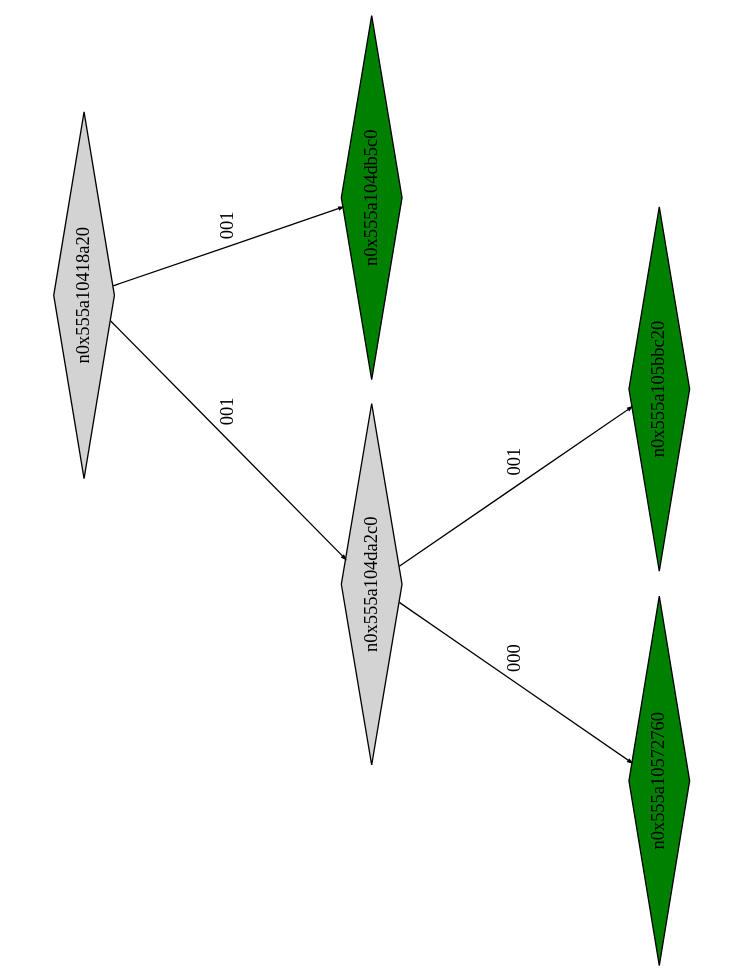
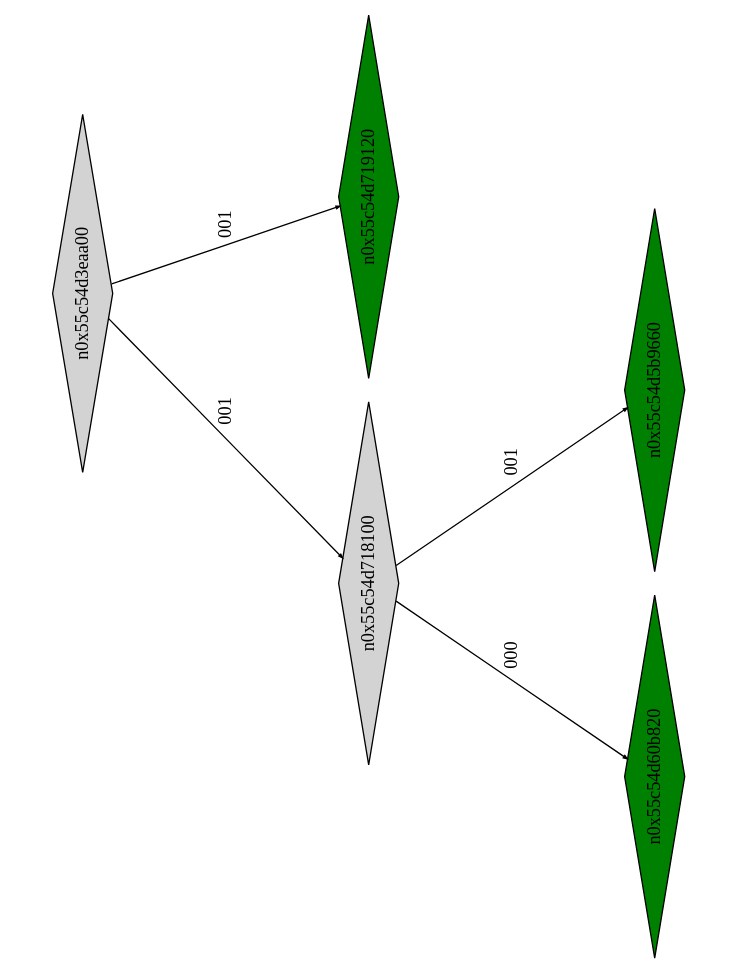
Before and after one commit to Research-Tools-PAVT/PSE-Program-Examples: the diagram in example1_klee_out/ptree_00000228.dot, drawn with Graphviz. The commit also changed 86 other files, not shown here.

```diff
--- a/example1_klee_out/ptree_00000228.dot
+++ b/example1_klee_out/ptree_00000228.dot
@@ -1,17 +1,17 @@
 digraph G {
 	size="10,7.5";
 	ratio=fill;
 	rotate=90;
 	center = "true";
 	node [style="filled",width=.1,height=.1,fontname="Terminus"]
 	edge [arrowsize=.3]
-	n0x555a10418a20 [shape=diamond];
-	n0x555a10418a20 -> n0x555a104da2c0 [label=001];
-	n0x555a10418a20 -> n0x555a104db5c0 [label=001];
-	n0x555a104db5c0 [shape=diamond,fillcolor=green];
-	n0x555a104da2c0 [shape=diamond];
-	n0x555a104da2c0 -> n0x555a10572760 [label=000];
-	n0x555a104da2c0 -> n0x555a105bbc20 [label=001];
-	n0x555a105bbc20 [shape=diamond,fillcolor=green];
-	n0x555a10572760 [shape=diamond,fillcolor=green];
+	n0x55c54d3eaa00 [shape=diamond];
+	n0x55c54d3eaa00 -> n0x55c54d718100 [label=001];
+	n0x55c54d3eaa00 -> n0x55c54d719120 [label=001];
+	n0x55c54d719120 [shape=diamond,fillcolor=green];
+	n0x55c54d718100 [shape=diamond];
+	n0x55c54d718100 -> n0x55c54d60b820 [label=000];
+	n0x55c54d718100 -> n0x55c54d5b9660 [label=001];
+	n0x55c54d5b9660 [shape=diamond,fillcolor=green];
+	n0x55c54d60b820 [shape=diamond,fillcolor=green];
 }
```
